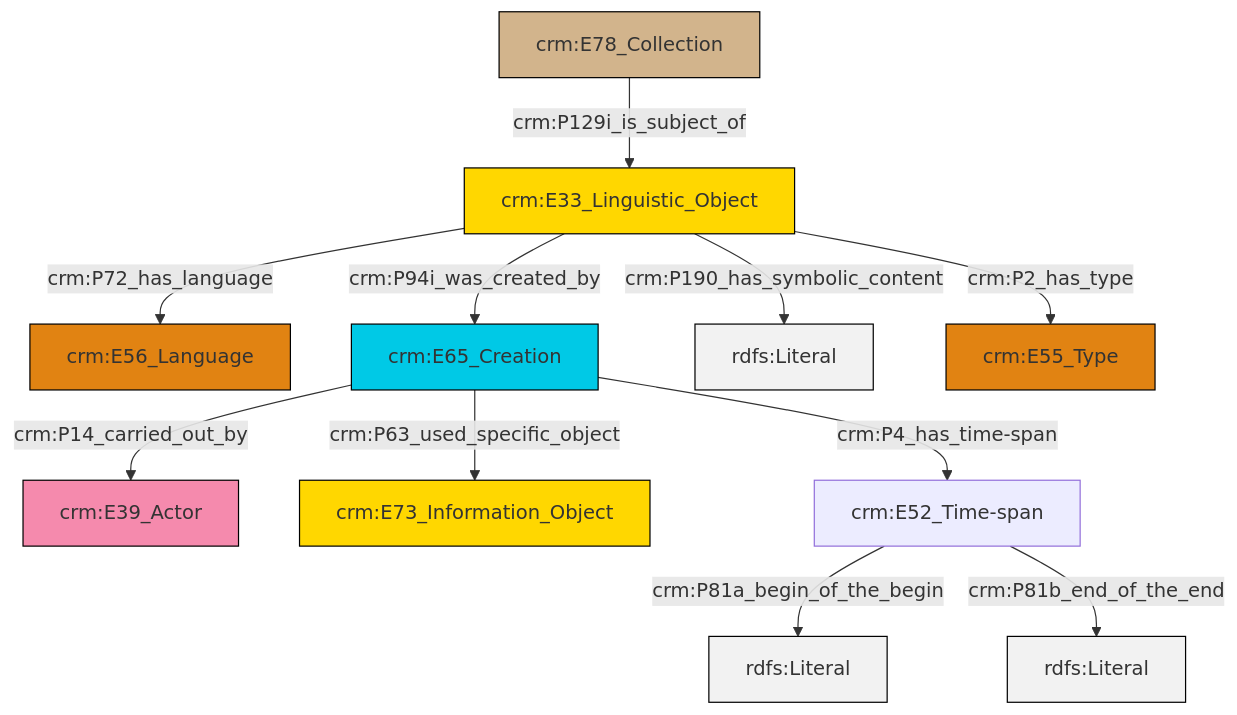
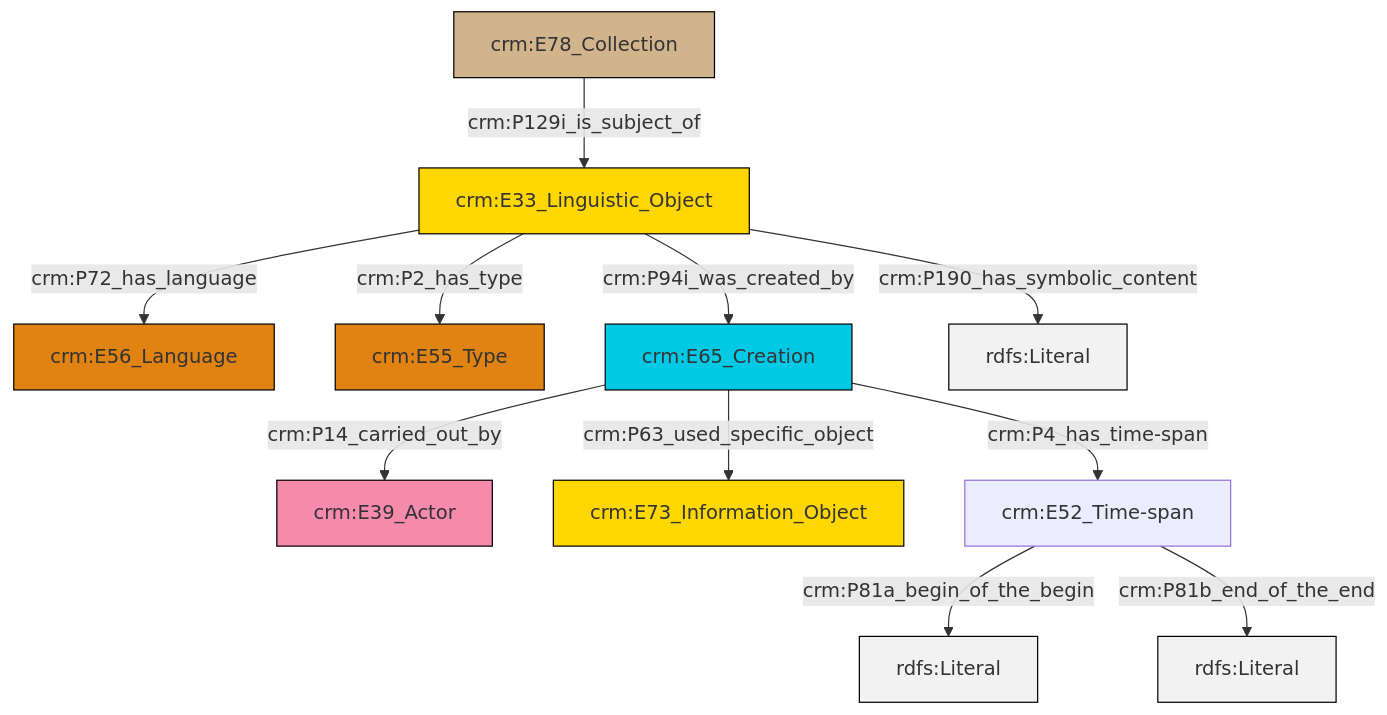
The diagram in et/archivalCSV/ttl/mmd/archival_desc.ttl.mmd (swiss-art-research-net/docs.swissartresearch), drawn with Mermaid before and after one commit. The commit also changed 178 other files, not shown here.

```diff
--- a/et/archivalCSV/ttl/mmd/archival_desc.ttl.mmd
+++ b/et/archivalCSV/ttl/mmd/archival_desc.ttl.mmd
@@ -1,25 +1,25 @@
 graph TD
 classDef Literal fill:#f2f2f2,stroke:#000000;
 classDef CRM_Entity fill:#FFFFFF,stroke:#000000;
 classDef Temporal_Entity fill:#00C9E6, stroke:#000000;
 classDef Type fill:#E18312, stroke:#000000;
 classDef Time-Span fill:#2C9C91, stroke:#000000;
 classDef Appellation fill:#FFEB7F, stroke:#000000;
 classDef Place fill:#008836, stroke:#000000;
 classDef Persistent_Item fill:#B266B2, stroke:#000000;
 classDef Conceptual_Object fill:#FFD700, stroke:#000000;
 classDef Physical_Thing fill:#D2B48C, stroke:#000000;
 classDef Actor fill:#f58aad, stroke:#000000;
 classDef PC_Classes fill:#4ce600, stroke:#000000;
 classDef Multi fill:#cccccc,stroke:#000000;
 
-4["crm:E33_Linguistic_Object"]:::Conceptual_Object -->|crm:P72_has_language| 5["crm:E56_Language"]:::Type
-4["crm:E33_Linguistic_Object"]:::Conceptual_Object -->|crm:P94i_was_created_by| 6["crm:E65_Creation"]:::Temporal_Entity
-4["crm:E33_Linguistic_Object"]:::Conceptual_Object -->|crm:P190_has_symbolic_content| 7[rdfs:Literal]:::Literal
-4["crm:E33_Linguistic_Object"]:::Conceptual_Object -->|crm:P2_has_type| 8["crm:E55_Type"]:::Type
-9["crm:E52_Time-span"]:::Default -->|crm:P81a_begin_of_the_begin| 10[rdfs:Literal]:::Literal
-6["crm:E65_Creation"]:::Temporal_Entity -->|crm:P63_used_specific_object| 2["crm:E73_Information_Object"]:::Conceptual_Object
-12["crm:E78_Collection"]:::Physical_Thing -->|crm:P129i_is_subject_of| 4["crm:E33_Linguistic_Object"]:::Conceptual_Object
-6["crm:E65_Creation"]:::Temporal_Entity -->|crm:P4_has_time-span| 9["crm:E52_Time-span"]:::Default
-9["crm:E52_Time-span"]:::Default -->|crm:P81b_end_of_the_end| 17[rdfs:Literal]:::Literal
-6["crm:E65_Creation"]:::Temporal_Entity -->|crm:P14_carried_out_by| 0["crm:E39_Actor"]:::Actor
+0["crm:E33_Linguistic_Object"]:::Conceptual_Object -->|crm:P72_has_language| 1["crm:E56_Language"]:::Type
+4["crm:E78_Collection"]:::Physical_Thing -->|crm:P129i_is_subject_of| 0["crm:E33_Linguistic_Object"]:::Conceptual_Object
+12["crm:E65_Creation"]:::Temporal_Entity -->|crm:P4_has_time-span| 10["crm:E52_Time-span"]:::Default
+0["crm:E33_Linguistic_Object"]:::Conceptual_Object -->|crm:P190_has_symbolic_content| 13[rdfs:Literal]:::Literal
+12["crm:E65_Creation"]:::Temporal_Entity -->|crm:P63_used_specific_object| 8["crm:E73_Information_Object"]:::Conceptual_Object
+0["crm:E33_Linguistic_Object"]:::Conceptual_Object -->|crm:P94i_was_created_by| 12["crm:E65_Creation"]:::Temporal_Entity
+0["crm:E33_Linguistic_Object"]:::Conceptual_Object -->|crm:P2_has_type| 2["crm:E55_Type"]:::Type
+10["crm:E52_Time-span"]:::Default -->|crm:P81a_begin_of_the_begin| 16[rdfs:Literal]:::Literal
+10["crm:E52_Time-span"]:::Default -->|crm:P81b_end_of_the_end| 17[rdfs:Literal]:::Literal
+12["crm:E65_Creation"]:::Temporal_Entity -->|crm:P14_carried_out_by| 6["crm:E39_Actor"]:::Actor
```
